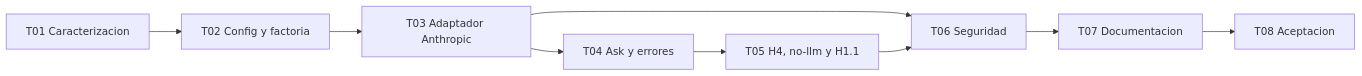
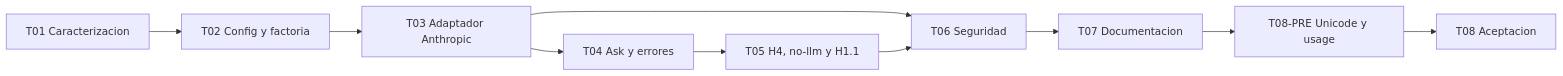
Before and after one commit to fcamasca/barbarion: the diagram in specs/H1.2-RemoteInference/tasks.md, drawn with Mermaid. The commit also changed other lines of this file and 12 other files, not shown here.

````diff
--- a/specs/H1.2-RemoteInference/tasks.md
+++ b/specs/H1.2-RemoteInference/tasks.md
@@ -167,11 +191,12 @@
 ```mermaid
 flowchart LR
     T01["T01 Caracterizacion"] --> T02["T02 Config y factoria"]
     T02 --> T03["T03 Adaptador Anthropic"]
     T03 --> T04["T04 Ask y errores"]
     T04 --> T05["T05 H4, no-llm y H1.1"]
     T03 --> T06["T06 Seguridad"]
     T05 --> T06
     T06 --> T07["T07 Documentacion"]
-    T07 --> T08["T08 Aceptacion"]
+    T07 --> PRE["T08-PRE Unicode y usage"]
+    PRE --> T08["T08 Aceptacion"]
 ```
````
